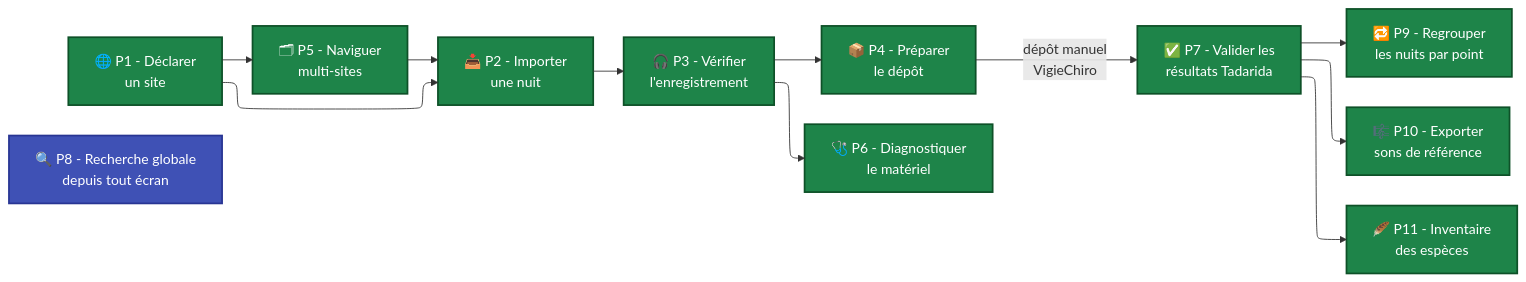
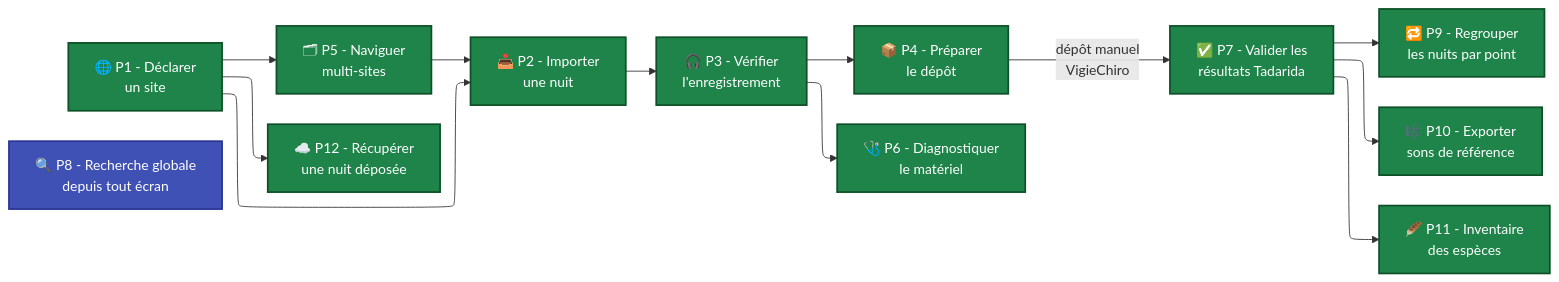
The diagram in docs/Analyse et conception/Parcours utilisateurs/index.md (IUTInfoAix-S201/brief), drawn with Mermaid before and after one commit. The commit also changed other lines of this file and 4 other files, not shown here.

First line of the commit message:
docs(40) : parcours P12 « Récupérer une nuit déposée sur VigieChiro » (#42)

````diff
--- a/docs/Analyse et conception/Parcours utilisateurs/index.md
+++ b/docs/Analyse et conception/Parcours utilisateurs/index.md
@@ -16,23 +16,24 @@
 ```mermaid
 %%{init: {"flowchart": {"defaultRenderer": "elk"}, "themeCSS": ".nodeLabel, .nodeLabel p, .nodeLabel span { color: #fff !important; fill: #fff !important; }"}}%%
 flowchart LR
     P1[🌐 P1 - Déclarer<br/>un site] --> P2[📥 P2 - Importer<br/>une nuit]
     P2 --> P3[🎧 P3 - Vérifier<br/>l'enregistrement]
     P3 --> P4[📦 P4 - Préparer<br/>le dépôt]
     P4 -->|dépôt manuel<br/>VigieChiro| P7[✅ P7 - Valider les<br/>résultats Tadarida]
 
     P1 --> P5[🗂 P5 - Naviguer<br/>multi-sites]
     P5 --> P2
     P3 --> P6[🩺 P6 - Diagnostiquer<br/>le matériel]
+    P1 --> P12[☁️ P12 - Récupérer<br/>une nuit déposée]
 
     P7 --> P9[🔁 P9 - Regrouper<br/>les nuits par point]
     P7 --> P10[🎼 P10 - Exporter<br/>sons de référence]
     P7 --> P11[🪶 P11 - Inventaire<br/>des espèces]
 
     P8[🔍 P8 - Recherche globale<br/>depuis tout écran]
 
     classDef livre fill:#1e8449,stroke:#0e5128,color:#fff,stroke-width:2px
     classDef transverse fill:#3f51b5,stroke:#283593,color:#fff,stroke-width:2px
-    class P1,P2,P3,P4,P5,P6,P7,P9,P10,P11 livre
+    class P1,P2,P3,P4,P5,P6,P7,P9,P10,P11,P12 livre
     class P8 transverse
 ```
````
